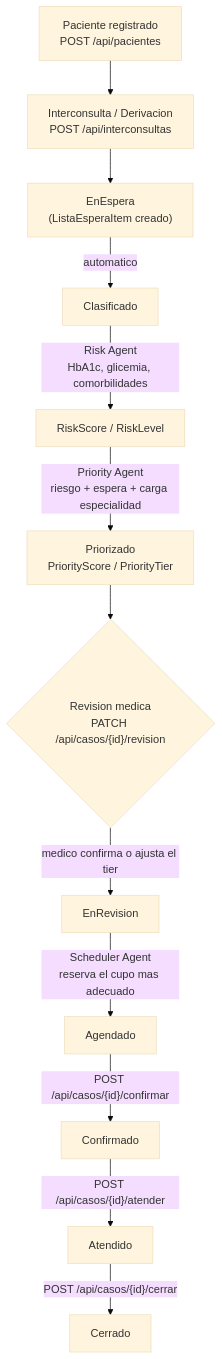
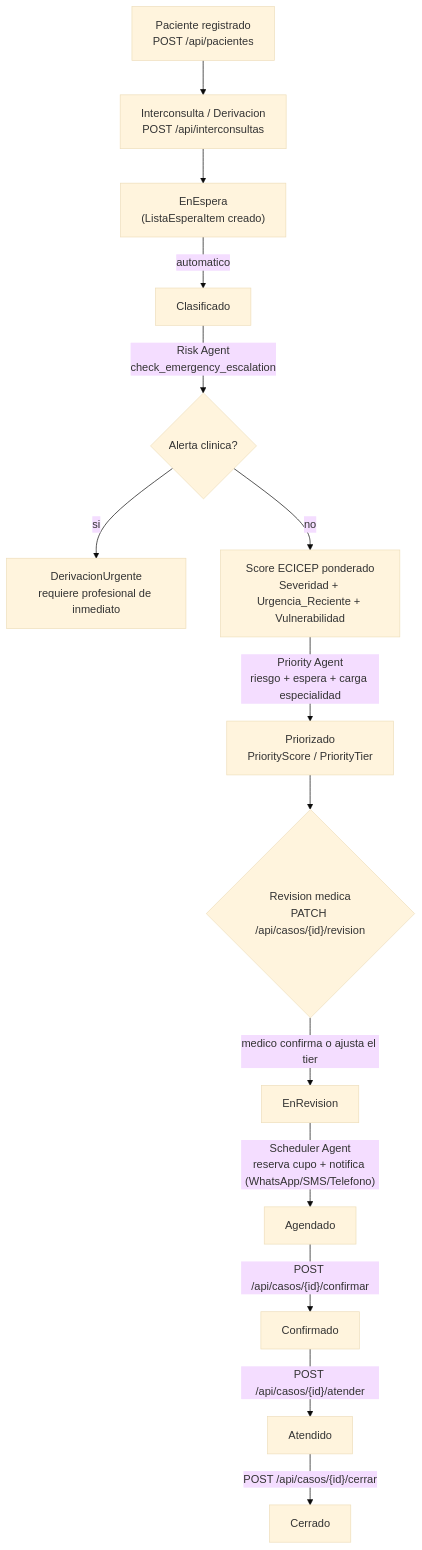
The diagram in medisync-diabetes/README.md (vicentico/HealtImpactlab), drawn with Mermaid (base theme) before and after one commit. The commit also changed other lines of this file and 41 other files, not shown here.

First line of the commit message:
feat: implementar Score de Criticidad Real ECICEP y derivacion urgente

````diff
--- a/medisync-diabetes/README.md
+++ b/medisync-diabetes/README.md
@@ -15,14 +18,16 @@
 ```mermaid
 flowchart TD
     A["Paciente registrado\nPOST /api/pacientes"] --> B["Interconsulta / Derivacion\nPOST /api/interconsultas"]
     B --> C["EnEspera\n(ListaEsperaItem creado)"]
     C -->|automatico| D["Clasificado"]
-    D -->|"Risk Agent\nHbA1c, glicemia, comorbilidades"| E["RiskScore / RiskLevel"]
+    D -->|"Risk Agent\ncheck_emergency_escalation"| ALARMA{"Alerta clinica?"}
+    ALARMA -->|"si"| URGENTE["DerivacionUrgente\nrequiere profesional de inmediato"]
+    ALARMA -->|"no"| E["Score ECICEP ponderado\nSeveridad + Urgencia_Reciente + Vulnerabilidad"]
     E -->|"Priority Agent\nriesgo + espera + carga especialidad"| F["Priorizado\nPriorityScore / PriorityTier"]
     F --> G{"Revision medica\nPATCH /api/casos/{id}/revision"}
     G -->|"medico confirma o ajusta el tier"| H["EnRevision"]
-    H -->|"Scheduler Agent\nreserva el cupo mas adecuado"| I["Agendado"]
+    H -->|"Scheduler Agent\nreserva cupo + notifica (WhatsApp/SMS/Telefono)"| I["Agendado"]
     I -->|"POST /api/casos/{id}/confirmar"| J["Confirmado"]
     J -->|"POST /api/casos/{id}/atender"| K["Atendido"]
     K -->|"POST /api/casos/{id}/cerrar"| L["Cerrado"]
 ```
````
